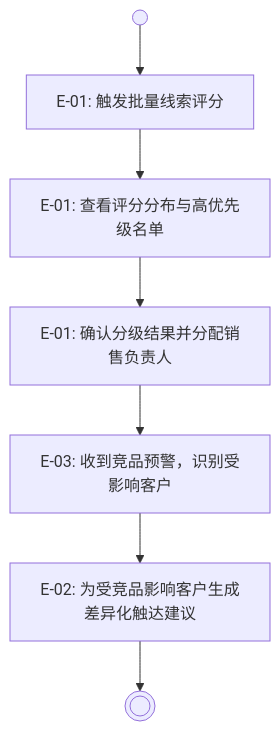
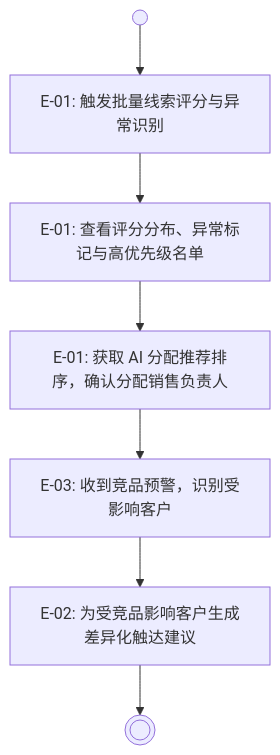
The second of 3 diagrams in requirements/ai-augmentation/README.md (it188-networkx/crm-product), drawn with Mermaid before and after one commit. The commit also changed other lines of this file and 4 other files, not shown here.

````diff
--- a/requirements/ai-augmentation/README.md
+++ b/requirements/ai-augmentation/README.md
@@ -67,9 +68,9 @@
 ```mermaid
 graph TD
-    Start(( )) --> A[E-01: 触发批量线索评分]
-    A --> B[E-01: 查看评分分布与高优先级名单]
-    B --> C[E-01: 确认分级结果并分配销售负责人]
+    Start(( )) --> A[E-01: 触发批量线索评分与异常识别]
+    A --> B[E-01: 查看评分分布、异常标记与高优先级名单]
+    B --> C[E-01: 获取 AI 分配推荐排序，确认分配销售负责人]
     C --> D[E-03: 收到竞品预警，识别受影响客户]
     D --> E[E-02: 为受竞品影响客户生成差异化触达建议]
     E --> End((( )))
 ```
````
